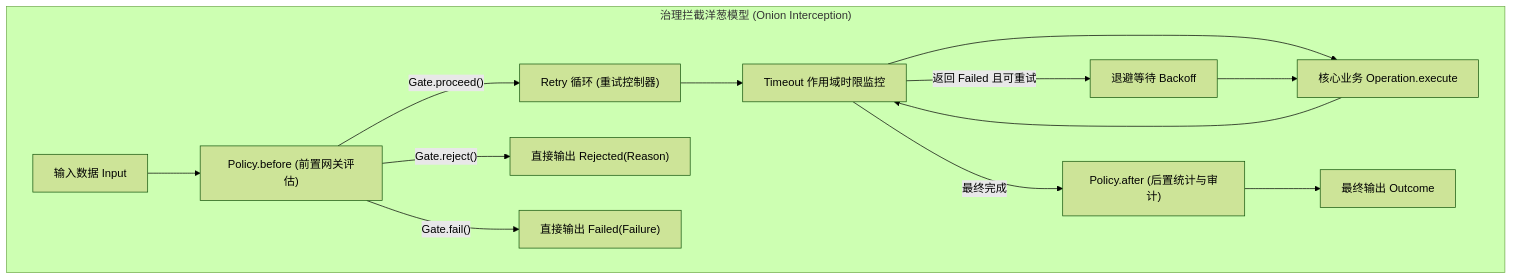
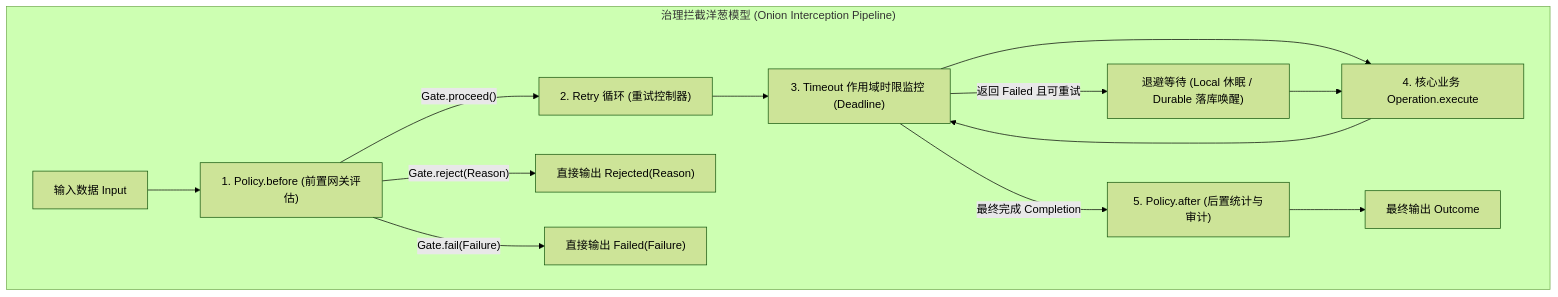
Before and after one commit to team4u/team4u-framework: the first of 2 diagrams in docs/flow/flow-governance.md, drawn with Mermaid (forest theme). The commit also changed other lines of this file and 21 other files, not shown here.

Commit message:
docs(flow): deepen technical documentation across core, governance, durable, and testing

````diff
--- a/docs/flow/flow-governance.md
+++ b/docs/flow/flow-governance.md
@@ -11,19 +13,19 @@
 ```mermaid
 graph TD
-    subgraph "治理拦截洋葱模型 (Onion Interception)"
-        IN["输入数据 Input"] --> P_BEFORE["Policy.before (前置网关评估)"]
-        P_BEFORE -->|"Gate.proceed()"| R_LOOP["Retry 循环 (重试控制器)"]
-        P_BEFORE -->|"Gate.reject()"| OUT_REJ["直接输出 Rejected(Reason)"]
-        P_BEFORE -->|"Gate.fail()"| OUT_FAIL["直接输出 Failed(Failure)"]
+    subgraph "治理拦截洋葱模型 (Onion Interception Pipeline)"
+        IN["输入数据 Input"] --> P_BEFORE["1. Policy.before (前置网关评估)"]
+        P_BEFORE -->|"Gate.proceed()"| R_LOOP["2. Retry 循环 (重试控制器)"]
+        P_BEFORE -->|"Gate.reject(Reason)"| OUT_REJ["直接输出 Rejected(Reason)"]
+        P_BEFORE -->|"Gate.fail(Failure)"| OUT_FAIL["直接输出 Failed(Failure)"]
         
-        R_LOOP --> T_SCOPE["Timeout 作用域时限监控"]
-        T_SCOPE --> OP["核心业务 Operation.execute"]
+        R_LOOP --> T_SCOPE["3. Timeout 作用域时限监控 (Deadline)"]
+        T_SCOPE --> OP["4. 核心业务 Operation.execute"]
         OP --> T_SCOPE
         
-        T_SCOPE -->|返回 Failed 且可重试| R_BACKOFF["退避等待 Backoff"]
+        T_SCOPE -->|返回 Failed 且可重试| R_BACKOFF["退避等待 (Local 休眠 / Durable 落库唤醒)"]
         R_BACKOFF --> OP
         
-        T_SCOPE -->|最终完成| P_AFTER["Policy.after (后置统计与审计)"]
+        T_SCOPE -->|最终完成 Completion| P_AFTER["5. Policy.after (后置统计与审计)"]
         P_AFTER --> RES["最终输出 Outcome"]
     end
 ```
````
